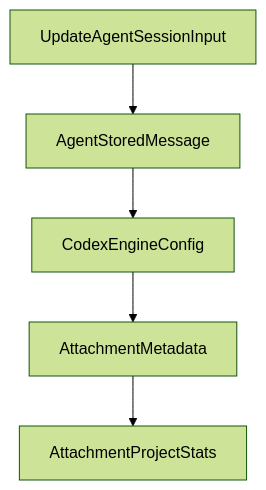
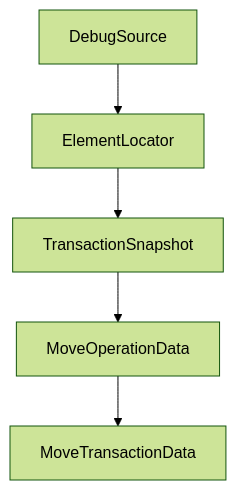
The second of 2 diagrams in tutorials/mcp-chrome-tutorial/04-semantic-search-and-vector-processing.md (johnxie/awesome-code-docs), drawn with Mermaid (forest theme) before and after one commit. The commit also changed other lines of this file and 1232 other files, not shown here.

````diff
--- a/tutorials/mcp-chrome-tutorial/04-semantic-search-and-vector-processing.md
+++ b/tutorials/mcp-chrome-tutorial/04-semantic-search-and-vector-processing.md
@@ -222,12 +220,12 @@
 ```mermaid
 flowchart TD
-    A[UpdateAgentSessionInput]
-    B[AgentStoredMessage]
-    C[CodexEngineConfig]
-    D[AttachmentMetadata]
-    E[AttachmentProjectStats]
+    A[DebugSource]
+    B[ElementLocator]
+    C[TransactionSnapshot]
+    D[MoveOperationData]
+    E[MoveTransactionData]
     A --> B
     B --> C
     C --> D
     D --> E
 ```
````
